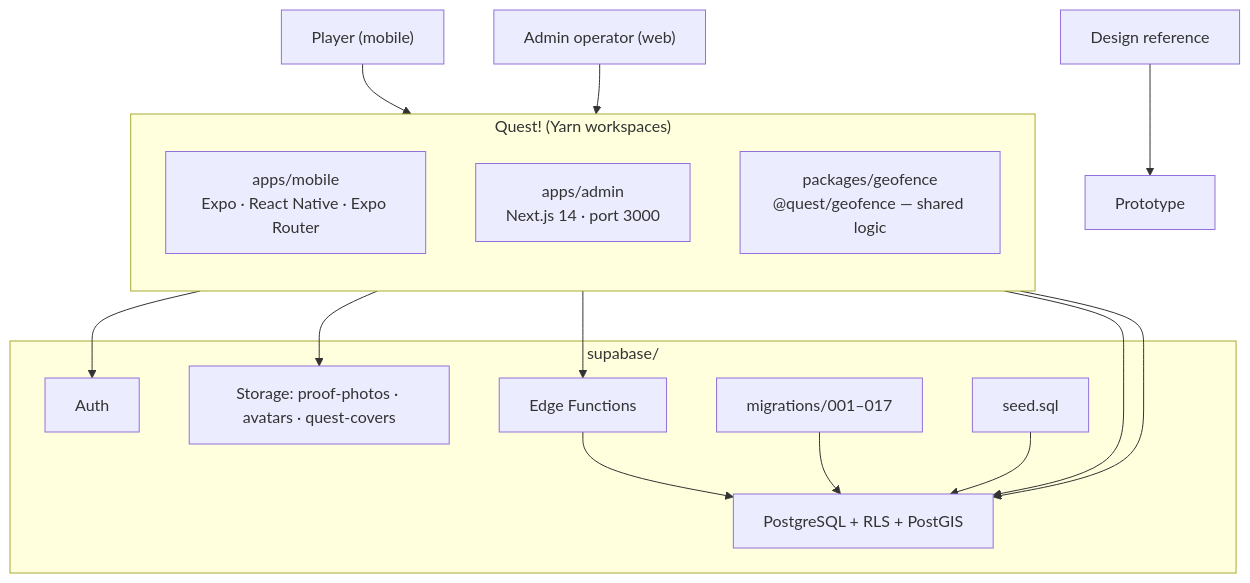
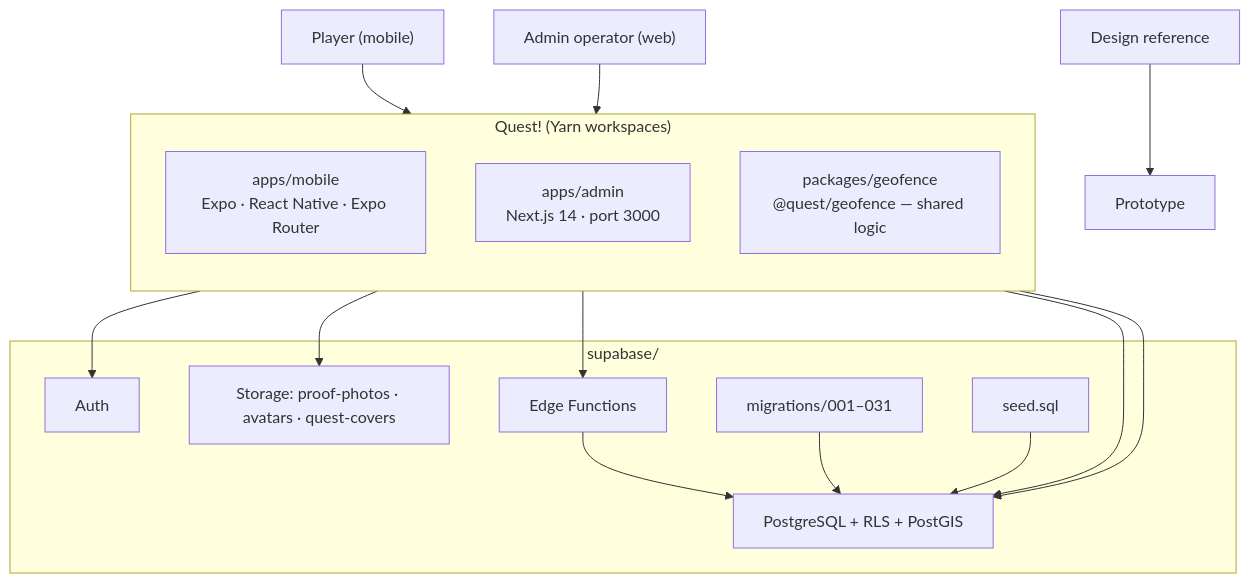
One commit to Rahilyw/Quest changed the first of 6 diagrams in ARCHITECTURE.md. Above: the diagram before and after it, drawn with Mermaid. The commit also changed other lines of this file and 9 other files, not shown here.

````diff
--- a/ARCHITECTURE.md
+++ b/ARCHITECTURE.md
@@ -7,32 +7,32 @@
 ```mermaid
 flowchart TB
     subgraph Monorepo["Quest! (Yarn workspaces)"]
         direction TB
         Mobile["apps/mobile<br/>Expo · React Native · Expo Router"]
         Admin["apps/admin<br/>Next.js 14 · port 3000"]
         Geofence["packages/geofence<br/>@quest/geofence — shared logic"]
     end
 
     subgraph Supabase["supabase/"]
         Auth["Auth"]
         DB["PostgreSQL + RLS + PostGIS"]
         Storage["Storage: proof-photos · avatars · quest-covers"]
         Edge["Edge Functions"]
-        Migrations["migrations/001–017"]
+        Migrations["migrations/001–031"]
         Seed["seed.sql"]
     end
 
     Player["Player (mobile)"] --> Mobile
     Operator["Admin operator (web)"] --> Admin
     Designer["Design reference"] --> Prototype
 
     Mobile --> Auth
     Mobile --> DB
     Mobile --> Storage
     Admin --> DB
     Admin --> Edge
 
     Edge --> DB
     Migrations --> DB
     Seed --> DB
 ```
````
